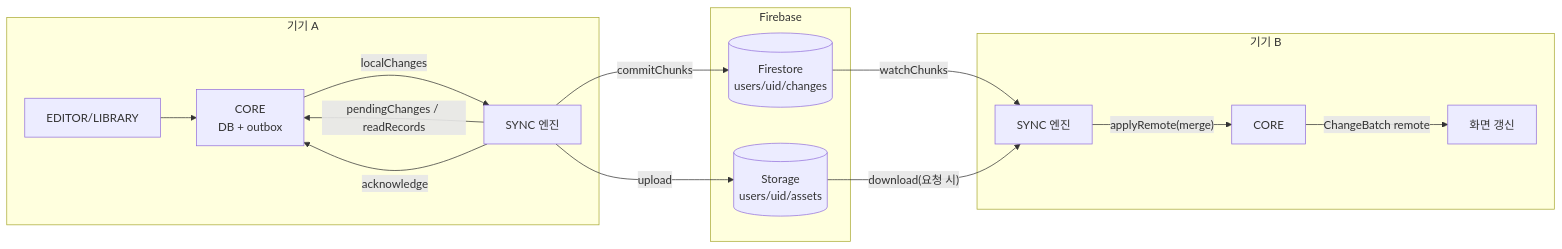
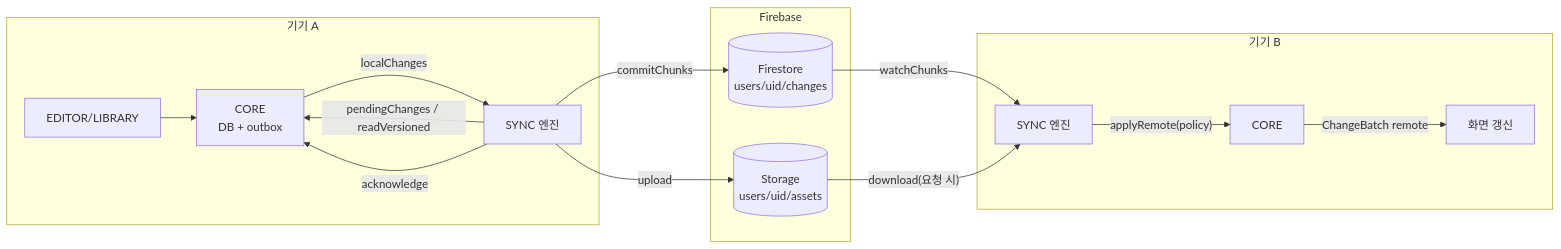
Before and after one commit to youngduckcrab/noteapp: the first of 2 diagrams in docs/plans/07-sync.md, drawn with Mermaid. The commit also changed other lines of this file and 8 other files, not shown here.

````diff
--- a/docs/plans/07-sync.md
+++ b/docs/plans/07-sync.md
@@ -1516,21 +1889,21 @@
 ```mermaid
 flowchart LR
   subgraph DeviceA["기기 A"]
     EA[EDITOR/LIBRARY] --> CA[CORE<br/>DB + outbox]
     CA -- localChanges --> SA[SYNC 엔진]
-    SA -- pendingChanges / readRecords --> CA
+    SA -- pendingChanges / readVersioned --> CA
     SA -- acknowledge --> CA
   end
   subgraph Cloud["Firebase"]
     FS[(Firestore<br/>users/uid/changes)]
     ST[(Storage<br/>users/uid/assets)]
   end
   subgraph DeviceB["기기 B"]
-    SB[SYNC 엔진] -- applyRemote(merge) --> CB[CORE]
+    SB[SYNC 엔진] -- applyRemote(policy) --> CB[CORE]
     CB -- ChangeBatch remote --> UB[화면 갱신]
   end
   SA -- commitChunks --> FS
   SA -- upload --> ST
   FS -- watchChunks --> SB
   ST -- download(요청 시) --> SB
 ```
````
